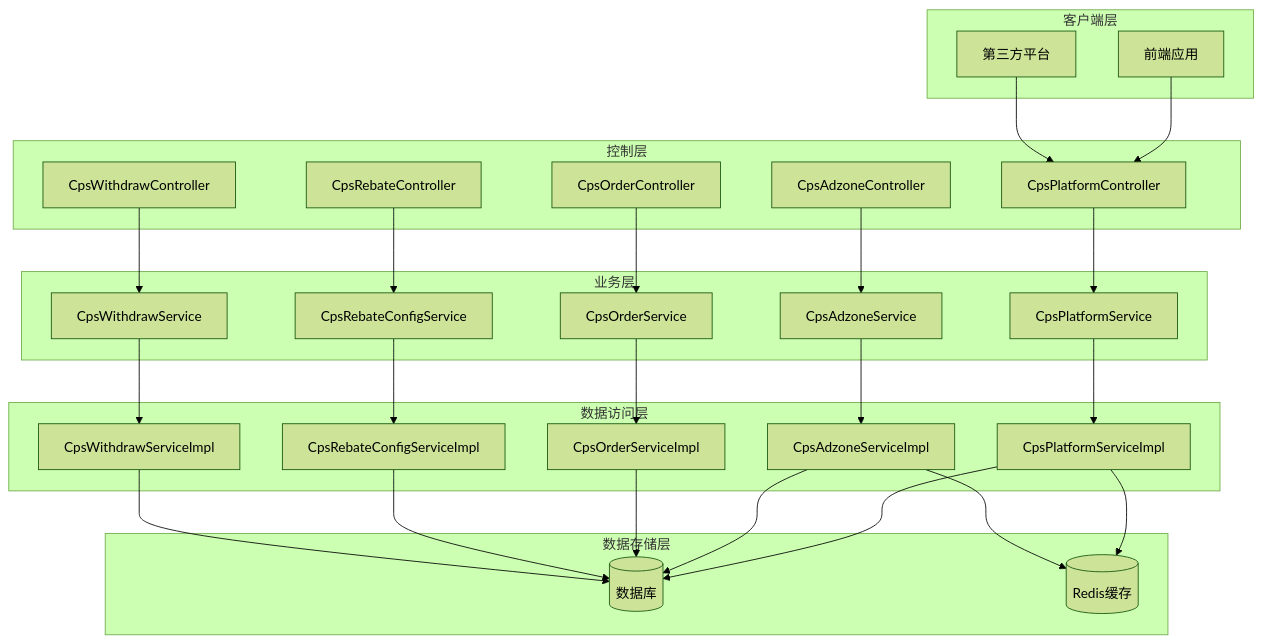
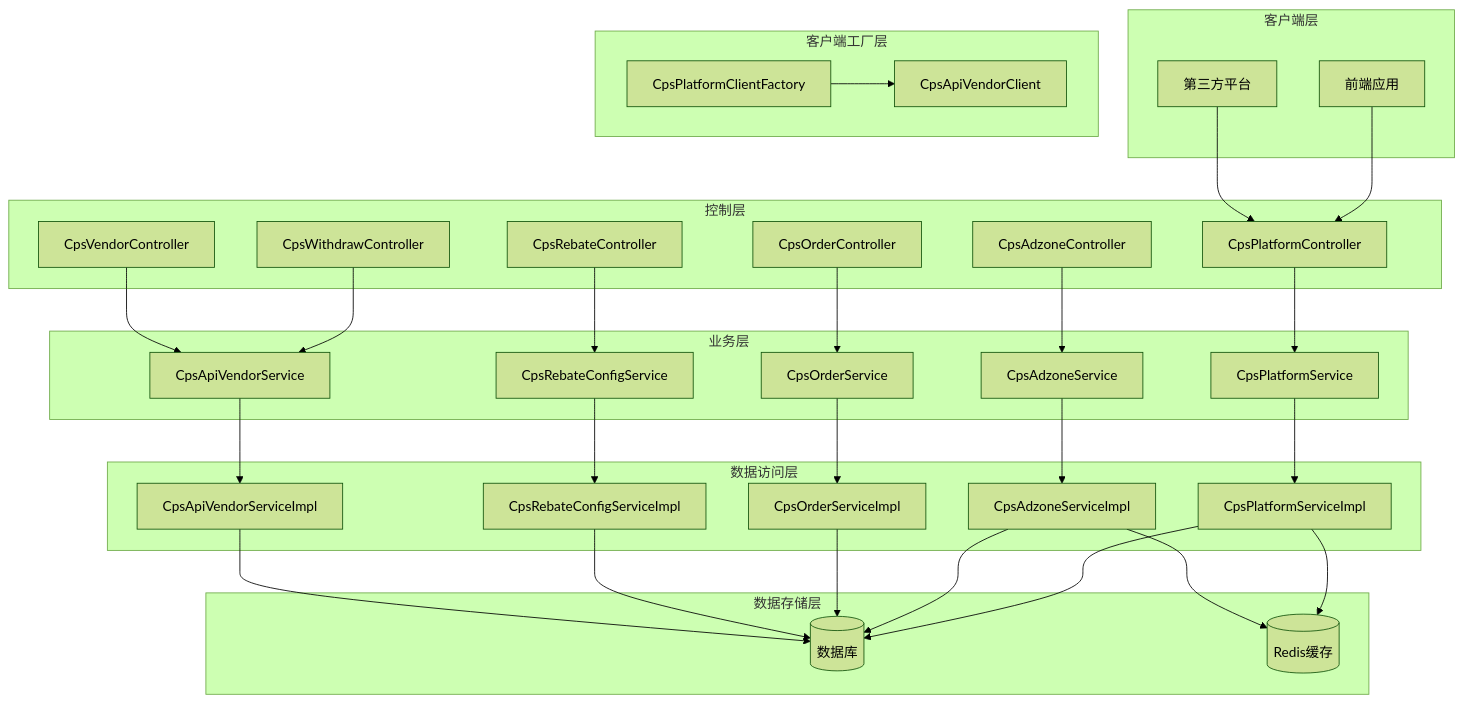
Before and after one commit to zhuangpengLI/AgenticCPS: the fourth of 15 diagrams in .qoder/repowiki/zh/content/后端服务架构/业务模块概览/CPS业务模块/CPS平台配置管理模块.md, drawn with Mermaid (forest theme). The commit also changed other lines of this file and 9 other files, not shown here.

````diff
--- a/.qoder/repowiki/zh/content/后端服务架构/业务模块概览/CPS业务模块/CPS平台配置管理模块.md
+++ b/.qoder/repowiki/zh/content/后端服务架构/业务模块概览/CPS业务模块/CPS平台配置管理模块.md
@@ -177,51 +211,58 @@
 ```mermaid
 graph TB
 subgraph "客户端层"
 A[前端应用]
 B[第三方平台]
 end
 subgraph "控制层"
 C[CpsPlatformController]
 D[CpsAdzoneController]
 E[CpsOrderController]
 F[CpsRebateController]
 G[CpsWithdrawController]
+H[CpsVendorController]
 end
 subgraph "业务层"
-H[CpsPlatformService]
-I[CpsAdzoneService]
-J[CpsOrderService]
-K[CpsRebateConfigService]
-L[CpsWithdrawService]
+I[CpsPlatformService]
+J[CpsAdzoneService]
+K[CpsOrderService]
+L[CpsRebateConfigService]
+M[CpsApiVendorService]
+end
+subgraph "客户端工厂层"
+N[CpsPlatformClientFactory]
+O[CpsApiVendorClient]
 end
 subgraph "数据访问层"
-M[CpsPlatformServiceImpl]
-N[CpsAdzoneServiceImpl]
-O[CpsOrderServiceImpl]
-P[CpsRebateConfigServiceImpl]
-Q[CpsWithdrawServiceImpl]
+P[CpsPlatformServiceImpl]
+Q[CpsAdzoneServiceImpl]
+R[CpsOrderServiceImpl]
+S[CpsRebateConfigServiceImpl]
+T[CpsApiVendorServiceImpl]
 end
 subgraph "数据存储层"
-R[(数据库)]
-S[(Redis缓存)]
+U[(数据库)]
+V[(Redis缓存)]
 end
 A --> C
 B --> C
-C --> H
-D --> I
-E --> J
-F --> K
-G --> L
+C --> I
+D --> J
+E --> K
+F --> L
+G --> M
 H --> M
-I --> N
-J --> O
-K --> P
-L --> Q
-M --> R
-N --> R
-O --> R
-P --> R
-Q --> R
-M --> S
-N --> S
+I --> P
+J --> Q
+K --> R
+L --> S
+M --> T
+P --> U
+Q --> U
+R --> U
+S --> U
+T --> U
+P --> V
+Q --> V
+N --> O
 ```
````
